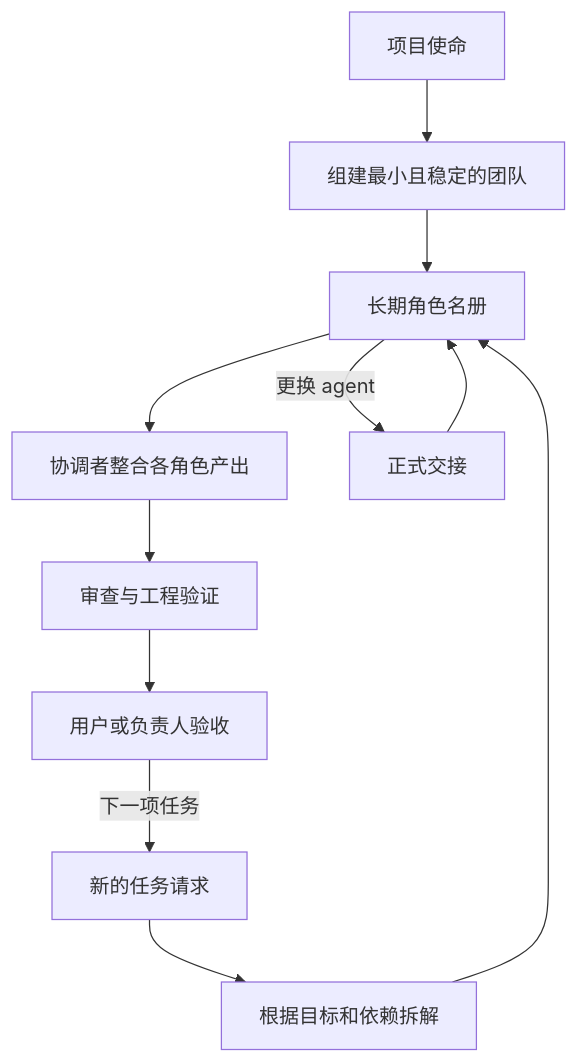
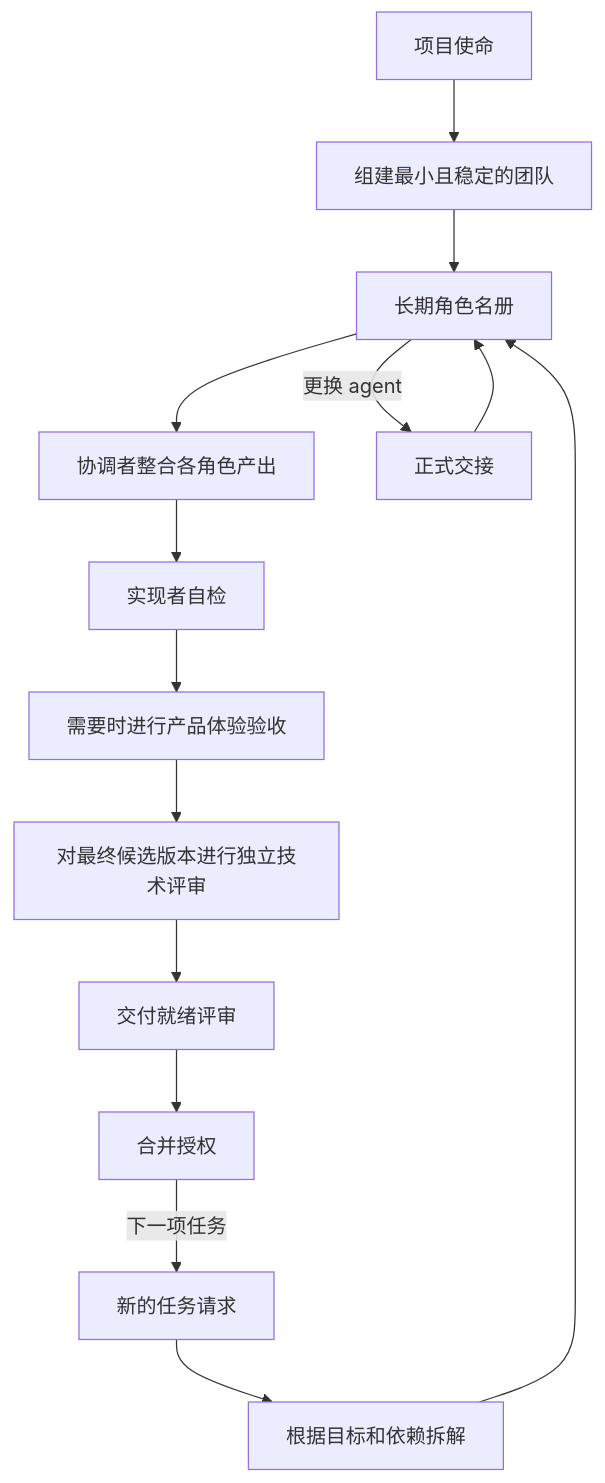
The diagram in README.zh-CN.md (bells0/agent-teamworks), drawn with Mermaid before and after one commit. The commit also changed other lines of this file and 7 other files, not shown here.

````diff
--- a/README.zh-CN.md
+++ b/README.zh-CN.md
@@ -27,13 +27,16 @@
 ```mermaid
 flowchart TD
     M[项目使命] --> T[组建最小且稳定的团队]
     T --> R[长期角色名册]
     N[新的任务请求] --> D[根据目标和依赖拆解]
     D --> R
     R --> C[协调者整合各角色产出]
-    C --> V[审查与工程验证]
-    V --> A[用户或负责人验收]
-    A -->|下一项任务| N
+    C --> S[实现者自检]
+    S --> A[需要时进行产品体验验收]
+    A --> V[对最终候选版本进行独立技术评审]
+    V --> G[交付就绪评审]
+    G --> U[合并授权]
+    U -->|下一项任务| N
     R -->|更换 agent| H[正式交接]
     H --> R
 ```
````
